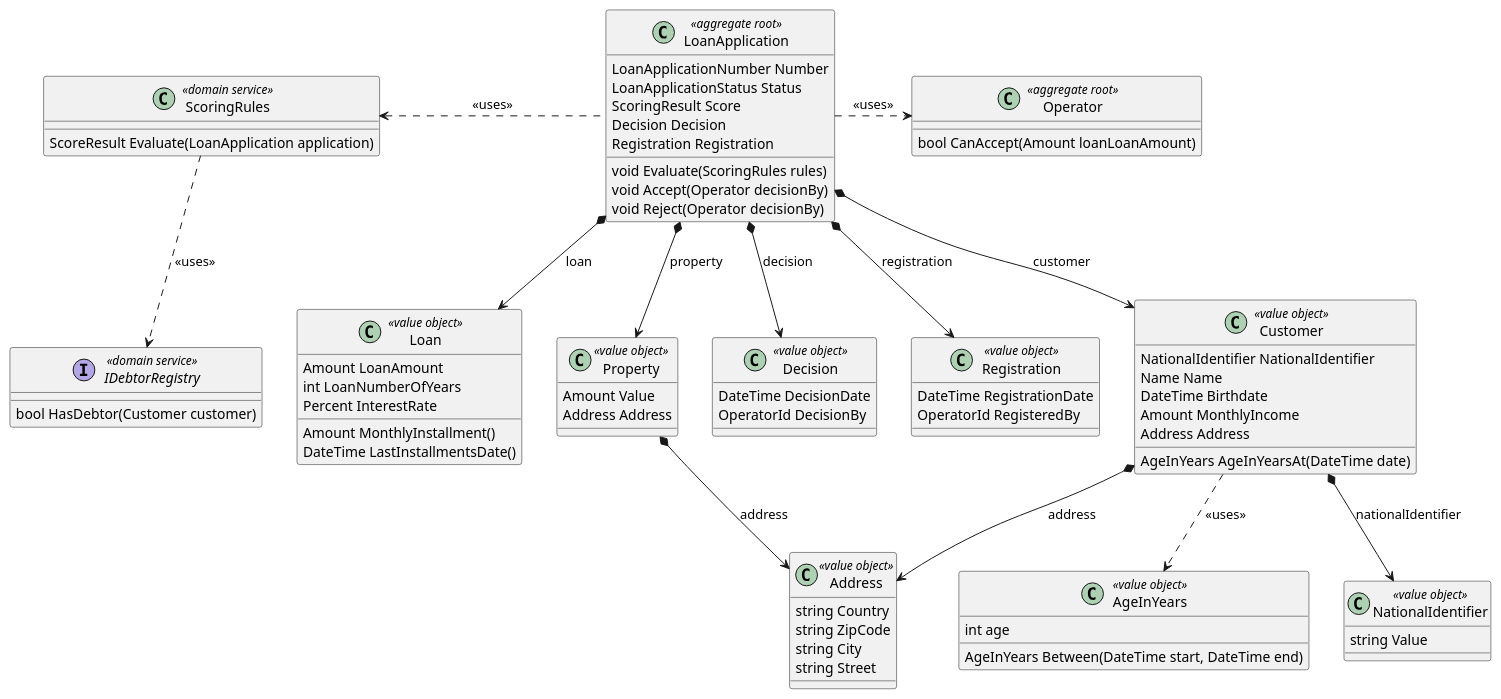
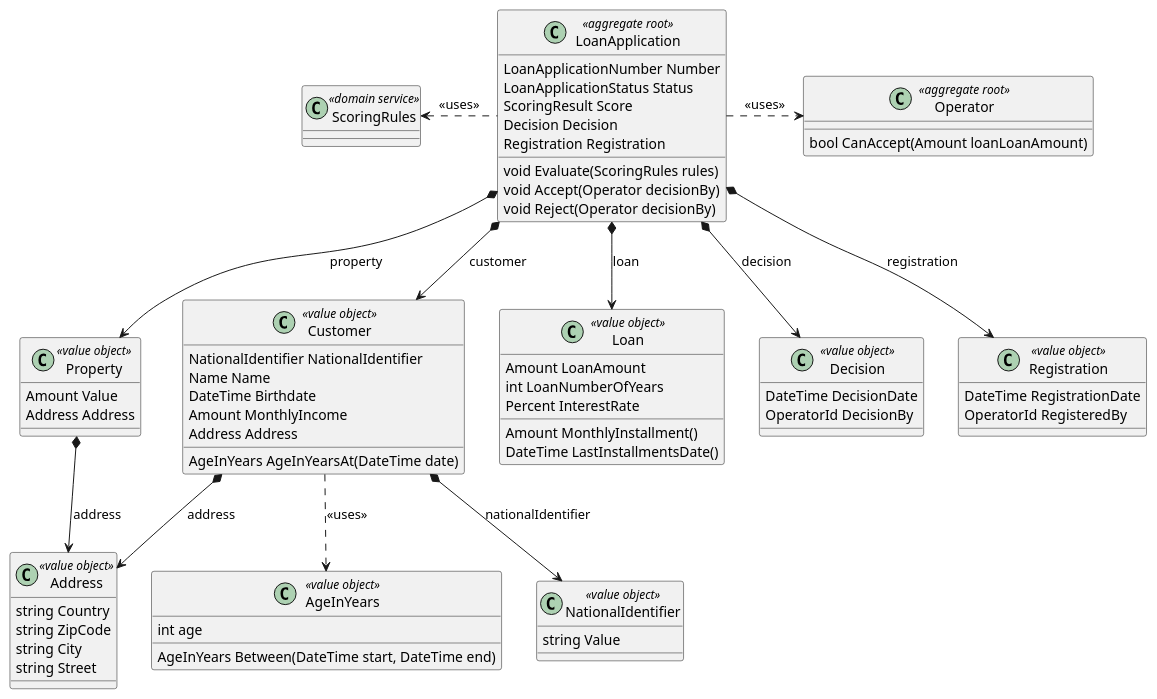
The diagram in docs/aggregates.plantuml (alperhankendi/loanapp), drawn with PlantUML before and after one commit. The commit also changed 16 other files, not shown here.

```diff
--- a/docs/aggregates.plantuml
+++ b/docs/aggregates.plantuml
@@ -1,83 +1,77 @@
 @startuml
 
 class LoanApplication <<aggregate root>> {
     LoanApplicationNumber Number
     LoanApplicationStatus Status
     ScoringResult Score
     Decision Decision
     Registration Registration
     
     void Evaluate(ScoringRules rules)
     void Accept(Operator decisionBy)
     void Reject(Operator decisionBy)
 }
 
 class Customer <<value object>> {
     NationalIdentifier NationalIdentifier
     Name Name
     DateTime Birthdate
     Amount MonthlyIncome
     Address Address
     AgeInYears AgeInYearsAt(DateTime date)
 }
 class Loan <<value object>> {
     Amount LoanAmount
     int LoanNumberOfYears
     Percent InterestRate
 
     Amount MonthlyInstallment()
     DateTime LastInstallmentsDate()
 }
 
 class Property <<value object>> {
     Amount Value
     Address Address
 }
 class Decision <<value object>>{
     DateTime DecisionDate
     OperatorId DecisionBy
 }
 class Registration <<value object>>{
     DateTime RegistrationDate
     OperatorId RegisteredBy
 }
 class Operator <<aggregate root>> {
     bool CanAccept(Amount loanLoanAmount)
 }
 
 class ScoringRules <<domain service>>{
-ScoreResult Evaluate(LoanApplication application)
-}
-interface IDebtorRegistry <<domain service>>{
-    bool HasDebtor(Customer customer)
 }
 class NationalIdentifier <<value object>>{
     string Value 
 }
 class Address <<value object>> {
     string Country 
     string ZipCode 
     string City 
     string Street
 }
 class AgeInYears <<value object>>{
     int age
     AgeInYears Between(DateTime start, DateTime end)
 }
 
 LoanApplication *--> Customer : customer
 LoanApplication *--> Loan : loan
 LoanApplication *--> Property : property
 LoanApplication *--> Decision : decision
 LoanApplication *--> Registration : registration
 LoanApplication .left.>  ScoringRules : <<uses>>
 LoanApplication .right.>  Operator : <<uses>>
 
-ScoringRules    ..>  IDebtorRegistry : <<uses>>
-
 Customer        *--> NationalIdentifier : nationalIdentifier
 Customer        *--> Address :address
 Customer        ..> AgeInYears : <<uses>>
 Property        *--> Address :address
 
 @enduml
```
